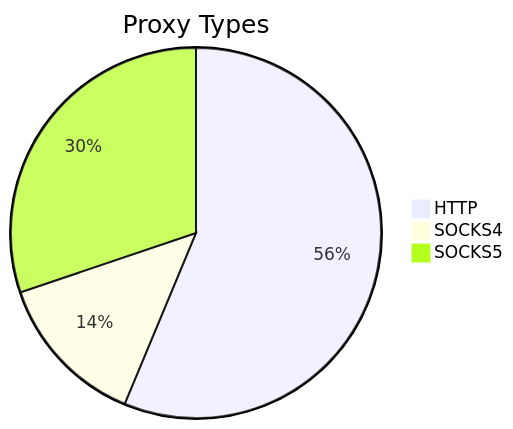
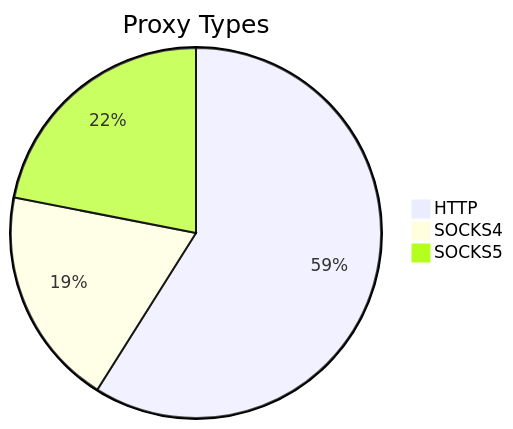
Before and after one commit to stormsia/proxy-list: the first of 2 diagrams in README.md, drawn with Mermaid. The commit also changed other lines of this file, not shown here.

````diff
--- a/README.md
+++ b/README.md
@@ -21,6 +21,6 @@
 ```mermaid
 pie title Proxy Types
-    "HTTP" : 179
-    "SOCKS4" : 43
-    "SOCKS5" : 96
+    "HTTP" : 379
+    "SOCKS4" : 123
+    "SOCKS5" : 141
 ```
````
